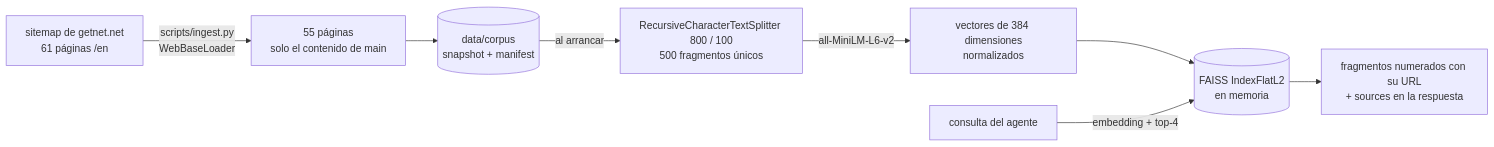
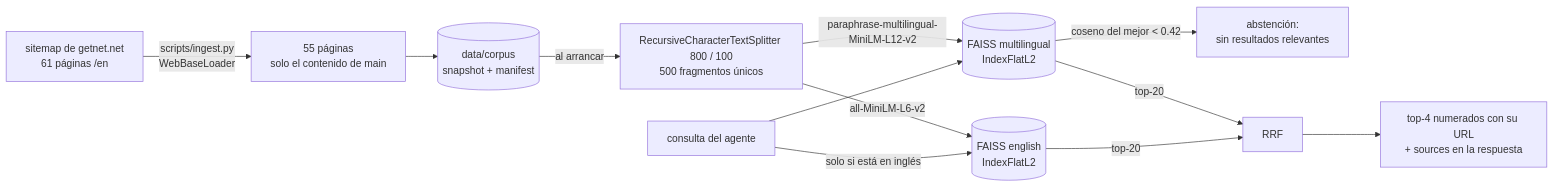
Before and after one commit to Belzebro/multiagent-challenge: the second of 2 diagrams in README.md, drawn with Mermaid. The commit also changed other lines of this file and 17 other files, not shown here.

First line of the commit message:
Iteración 2 · F12: recuperación multilingüe por idioma con umbral de abstención (#6)

````diff
--- a/README.md
+++ b/README.md
@@ -436,10 +436,14 @@
 ```mermaid
 flowchart LR
     S["sitemap de getnet.net<br/>61 páginas /en"] -->|"scripts/ingest.py<br/>WebBaseLoader"| P["55 páginas<br/>solo el contenido de main"]
     P --> J[("data/corpus<br/>snapshot + manifest")]
     J -->|"al arrancar"| C["RecursiveCharacterTextSplitter 800 / 100<br/>500 fragmentos únicos"]
-    C -->|"all-MiniLM-L6-v2"| V["vectores de 384 dimensiones<br/>normalizados"]
-    V --> F[("FAISS IndexFlatL2<br/>en memoria")]
-    Q["consulta del agente"] -->|"embedding + top-4"| F
-    F --> T["fragmentos numerados con su URL<br/>+ sources en la respuesta"]
+    C -->|"all-MiniLM-L6-v2"| F[("FAISS english<br/>IndexFlatL2")]
+    C -->|"paraphrase-multilingual-MiniLM-L12-v2"| M[("FAISS multilingual<br/>IndexFlatL2")]
+    Q["consulta del agente"] --> M
+    M -->|"coseno del mejor < 0.42"| A["abstención:<br/>sin resultados relevantes"]
+    M -->|"top-20"| R["RRF"]
+    Q -->|"solo si está en inglés"| F
+    F -->|"top-20"| R
+    R --> T["top-4 numerados con su URL<br/>+ sources en la respuesta"]
 ```
````
